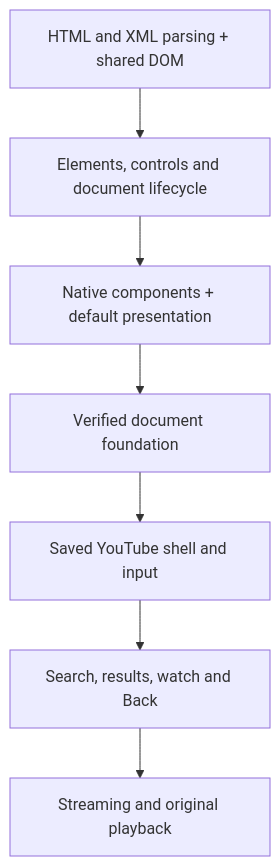
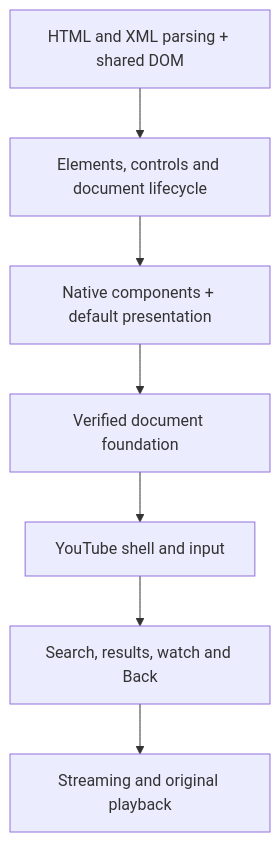
One commit to c-a-t-f-o-o-d/chezcat-browser changed the diagram in docs/ROADMAP.md. Above: the diagram before and after it, drawn with Mermaid. The commit also changed other lines of this file and 46 other files, not shown here.

````diff
--- a/docs/ROADMAP.md
+++ b/docs/ROADMAP.md
@@ -32,9 +32,9 @@
 ```mermaid
 flowchart TD
     CORE["HTML and XML parsing + shared DOM"] --> DOCS["Elements, controls and document lifecycle"]
     DOCS --> COMPONENTS["Native components + default presentation"]
     COMPONENTS --> GATE["Verified document foundation"]
-    GATE --> SHELL["Saved YouTube shell and input"]
+    GATE --> SHELL["YouTube shell and input"]
     SHELL --> JOURNEY["Search, results, watch and Back"]
     JOURNEY --> MEDIA["Streaming and original playback"]
 ```
````
